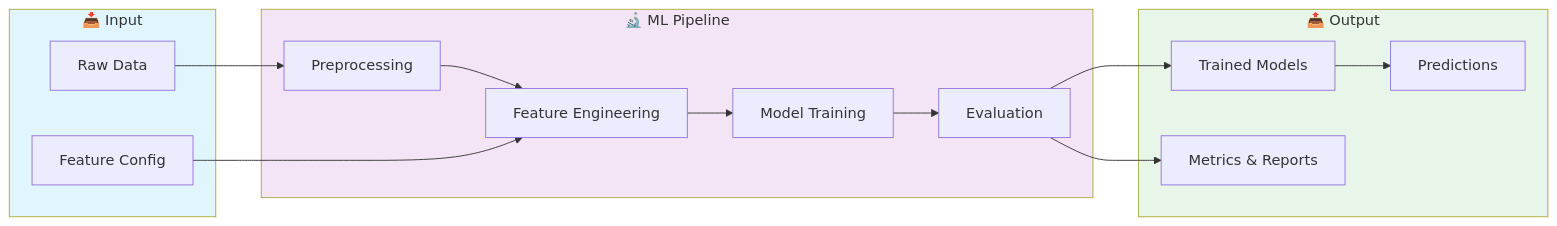
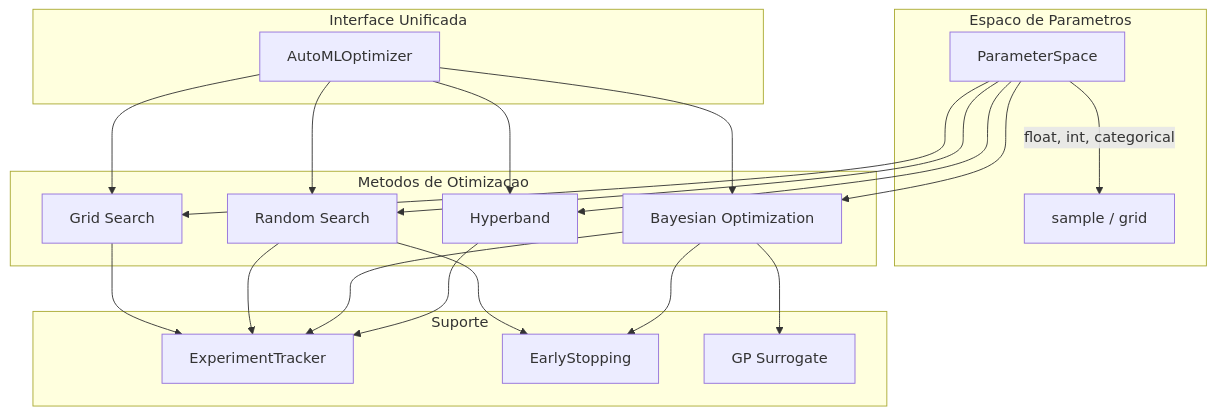
One commit to galafis/automl-hyperparameter-optimization changed the first of 2 diagrams in README.md. Above: the diagram before and after it, drawn with Mermaid. The commit also changed other lines of this file and 2 other files, not shown here.

````diff
--- a/README.md
+++ b/README.md
@@ -33,30 +14,40 @@
 ```mermaid
-graph LR
-    subgraph Input["📥 Input"]
-        A[Raw Data]
-        B[Feature Config]
+graph TB
+    subgraph Space["Espaco de Parametros"]
+        PS[ParameterSpace]
+        PS --> |float, int, categorical| SAMPLE[sample / grid]
     end
-    
-    subgraph Pipeline["🔬 ML Pipeline"]
-        C[Preprocessing]
-        D[Feature Engineering]
-        E[Model Training]
-        F[Evaluation]
+
+    subgraph Methods["Metodos de Otimizacao"]
+        GS[Grid Search]
+        RS[Random Search]
+        BO[Bayesian Optimization]
+        HB[Hyperband]
     end
-    
-    subgraph Output["📤 Output"]
-        G[Trained Models]
-        H[Metrics & Reports]
-        I[Predictions]
+
+    subgraph Support["Suporte"]
+        ET[ExperimentTracker]
+        ES[EarlyStopping]
+        GP[GP Surrogate]
     end
-    
-    A --> C --> D --> E --> F
-    B --> D
-    F --> G
-    F --> H
-    G --> I
-    
-    style Input fill:#e1f5fe
-    style Pipeline fill:#f3e5f5
-    style Output fill:#e8f5e9
+
+    subgraph Interface["Interface Unificada"]
+        AML[AutoMLOptimizer]
+    end
+
+    PS --> GS
+    PS --> RS
+    PS --> BO
+    PS --> HB
+    BO --> GP
+    RS --> ES
+    BO --> ES
+    GS --> ET
+    RS --> ET
+    BO --> ET
+    HB --> ET
+    AML --> GS
+    AML --> RS
+    AML --> BO
+    AML --> HB
 ```
````
